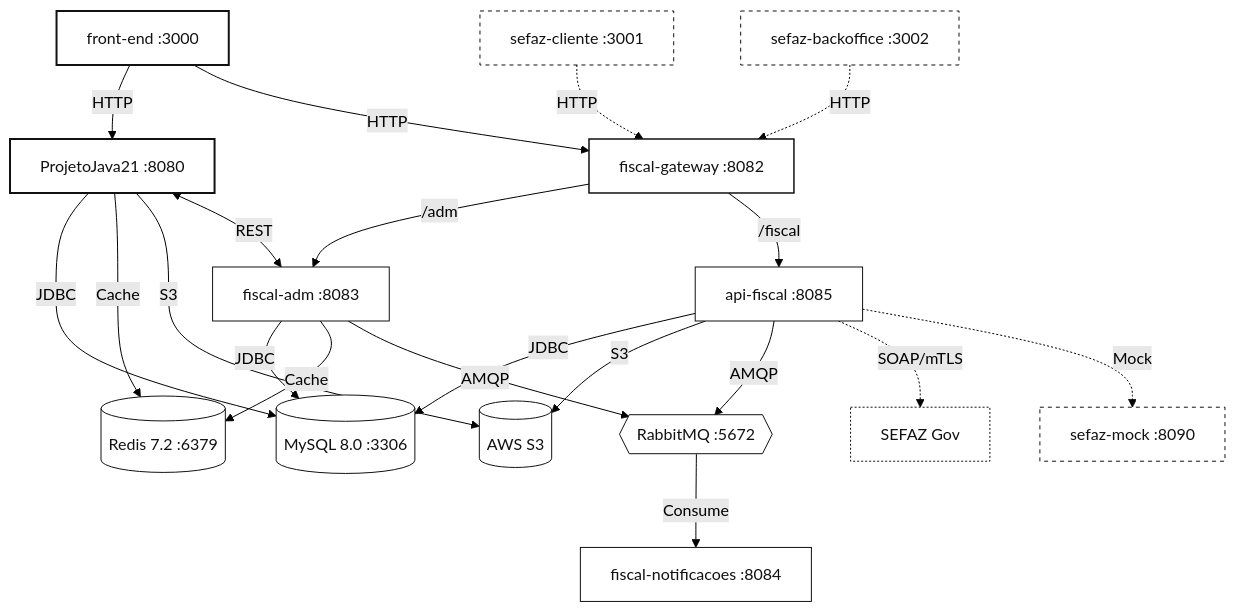
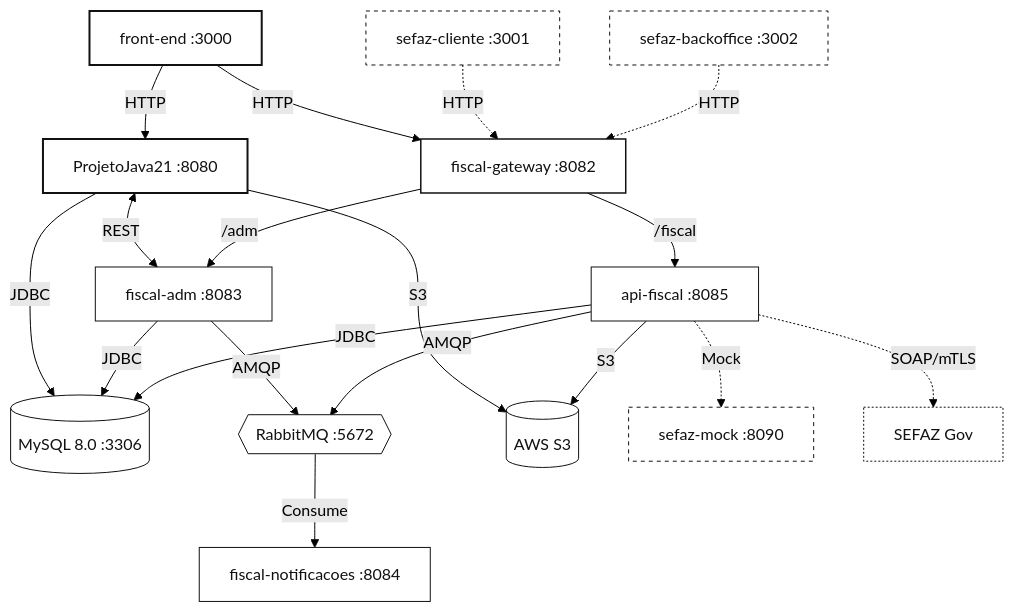
One commit to developrouterlink/routerlink-infra changed the diagram in README.md. Above: the diagram before and after it, drawn with Mermaid (forest theme). The commit also changed other lines of this file and 2 other files, not shown here.

Commit message:
refactor: remove Redis da orquestração Docker e documentação (não utilizado no ecossistema)

````diff
--- a/README.md
+++ b/README.md
@@ -11,53 +11,50 @@
 ```mermaid
 flowchart TB
     classDef default fill:#FFF,stroke:#111,stroke-width:1px,color:#111;
     classDef core fill:#FFF,stroke:#111,stroke-width:2px,color:#111;
     classDef gw fill:#FFF,stroke:#111,stroke-width:1.5px,color:#111;
     classDef db fill:#FFF,stroke:#111,stroke-width:1px,color:#111;
     classDef sefaz fill:#FFF,stroke:#111,stroke-width:1px,stroke-dasharray: 4 4,color:#111;
     classDef ext fill:#FFF,stroke:#111,stroke-width:1px,stroke-dasharray: 2 2,color:#111;
 
     ERP["ProjetoJava21 :8080"]:::core
 
     GW["fiscal-gateway :8082"]:::gw
     ADM["fiscal-adm :8083"]:::default
     FISCAL["api-fiscal :8085"]:::default
 
     MYSQL[("MySQL 8.0 :3306")]:::db
-    REDIS[("Redis 7.2 :6379")]:::db
     RMQ{{"RabbitMQ :5672"}}:::db
     S3[("AWS S3")]:::db
 
     NOTIF["fiscal-notificacoes :8084"]:::default
     MOCK["sefaz-mock :8090"]:::sefaz
     SEFAZ["SEFAZ Gov"]:::ext
 
     FRONT["front-end :3000"]:::core
     SEFCLI["sefaz-cliente :3001"]:::sefaz
     SEFBACK["sefaz-backoffice :3002"]:::sefaz
 
     ERP -->|"JDBC"| MYSQL
-    ERP -->|"Cache"| REDIS
     ERP -->|"S3"| S3
     ERP <-->|"REST"| ADM
 
     GW -->|"/adm"| ADM
     GW -->|"/fiscal"| FISCAL
 
     ADM -->|"JDBC"| MYSQL
-    ADM -->|"Cache"| REDIS
     ADM -->|"AMQP"| RMQ
 
     FISCAL -->|"JDBC"| MYSQL
     FISCAL -->|"S3"| S3
     FISCAL -->|"AMQP"| RMQ
     FISCAL -.->|"SOAP/mTLS"| SEFAZ
     FISCAL -.->|"Mock"| MOCK
 
     RMQ -->|"Consume"| NOTIF
 
     FRONT -->|"HTTP"| ERP
     FRONT -->|"HTTP"| GW
     SEFCLI -.->|"HTTP"| GW
     SEFBACK -.->|"HTTP"| GW
 ```
````
